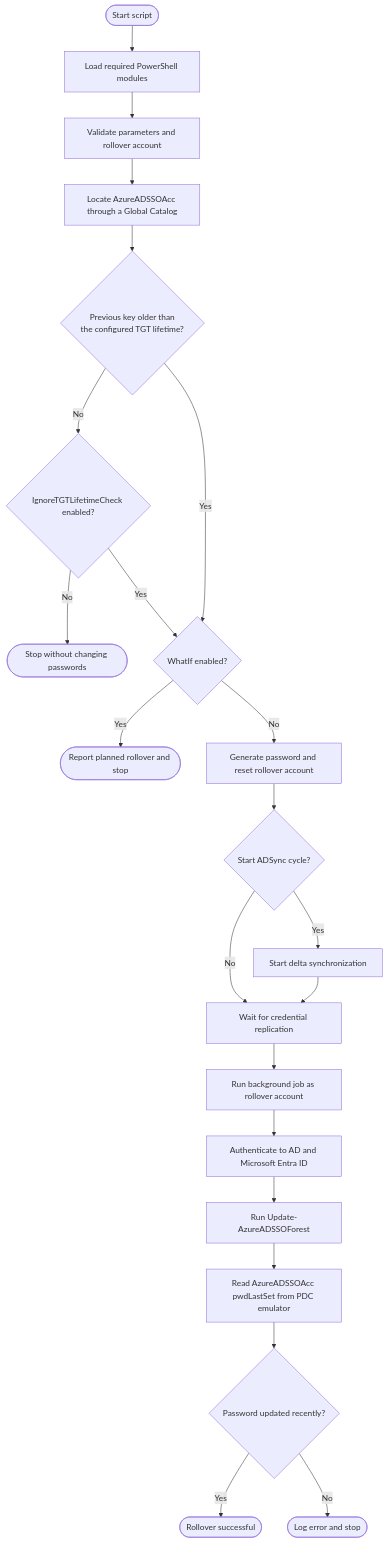
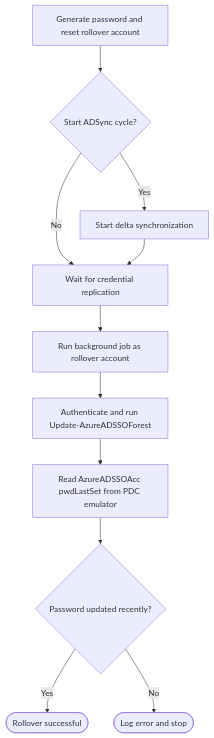
The diagram in README.md (Kili69/AzKerberosRollOver), drawn with Mermaid before and after one commit. The commit also changed other lines of this file and 4 other files, not shown here.

````diff
--- a/README.md
+++ b/README.md
@@ -16,27 +144,14 @@
 ```mermaid
 flowchart TD
-    Start([Start script]) --> Modules[Load required PowerShell modules]
-    Modules --> Validate[Validate parameters and rollover account]
-    Validate --> Discover[Locate AzureADSSOAcc through a Global Catalog]
-    Discover --> Age{Previous key older than<br/>the configured TGT lifetime?}
-
-    Age -- No --> Ignore{IgnoreTGTLifetimeCheck enabled?}
-    Ignore -- No --> Stop([Stop without changing passwords])
-    Ignore -- Yes --> DryRun
-    Age -- Yes --> DryRun{WhatIf enabled?}
-    DryRun -- Yes --> Preview([Report planned rollover and stop])
-    DryRun -- No --> Reset[Generate password and reset rollover account]
-
-    Reset --> Sync{Start ADSync cycle?}
+    Reset[Generate password and reset rollover account] --> Sync{Start ADSync cycle?}
     Sync -- Yes --> StartSync[Start delta synchronization]
     Sync -- No --> Wait
     StartSync --> Wait[Wait for credential replication]
 
     Wait --> Job[Run background job as rollover account]
-    Job --> Authenticate[Authenticate to AD and Microsoft Entra ID]
-    Authenticate --> Update[Run Update-AzureADSSOForest]
+    Job --> Update[Authenticate and run Update-AzureADSSOForest]
     Update --> Verify[Read AzureADSSOAcc pwdLastSet from PDC emulator]
     Verify --> Updated{Password updated recently?}
     Updated -- Yes --> Success([Rollover successful])
     Updated -- No --> Error([Log error and stop])
 ```
````
